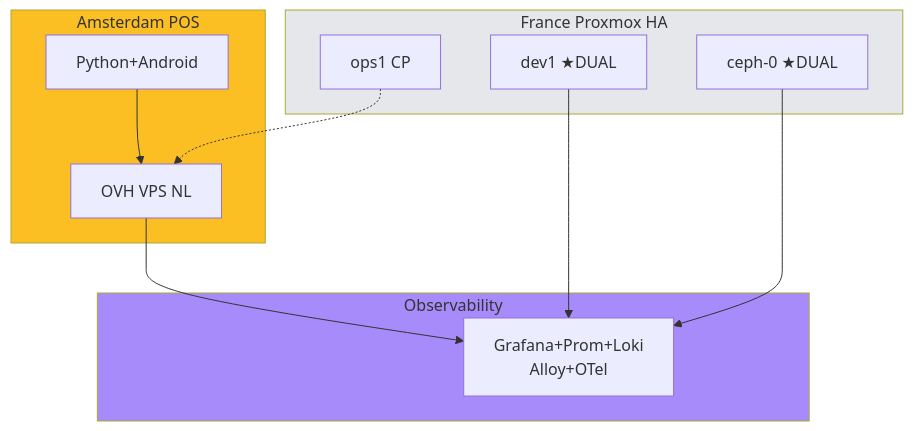
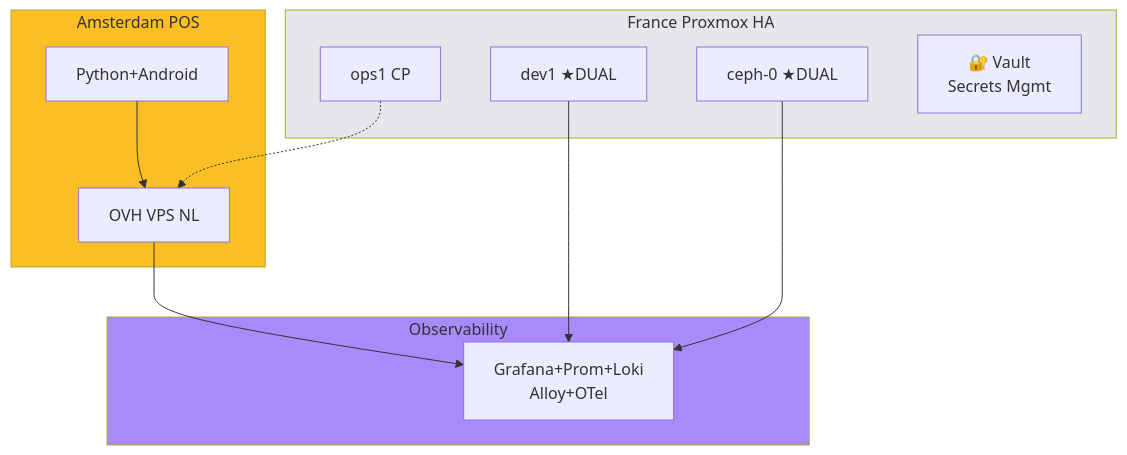
Before and after one commit to matahariku/matahariku: the second of 2 diagrams in README.md, drawn with Mermaid. The commit also changed other lines of this file, not shown here.

````diff
--- a/README.md
+++ b/README.md
@@ -120,27 +121,28 @@
 ```mermaid
 flowchart TB
     subgraph FR ["France Proxmox HA"]
         N1[ops1 CP]
         N2[dev1 ★DUAL]
         N3[ceph-0 ★DUAL]
+        V[🔐 Vault<br/>Secrets Mgmt]
     end
     
     subgraph OBS ["Observability"]
         M[Grafana+Prom+Loki<br/>Alloy+OTel]
     end
     
     subgraph NL ["Amsterdam POS"]
         POS[Python+Android]
         OVH[OVH VPS NL]
     end
     
     N2 --> M
     N3 --> M
     POS --> OVH
     OVH --> M
     N1 -.-> OVH
     
     style FR fill:#e5e7eb
     style OBS fill:#a78bfa
     style NL fill:#fbbf24
 ```
````
